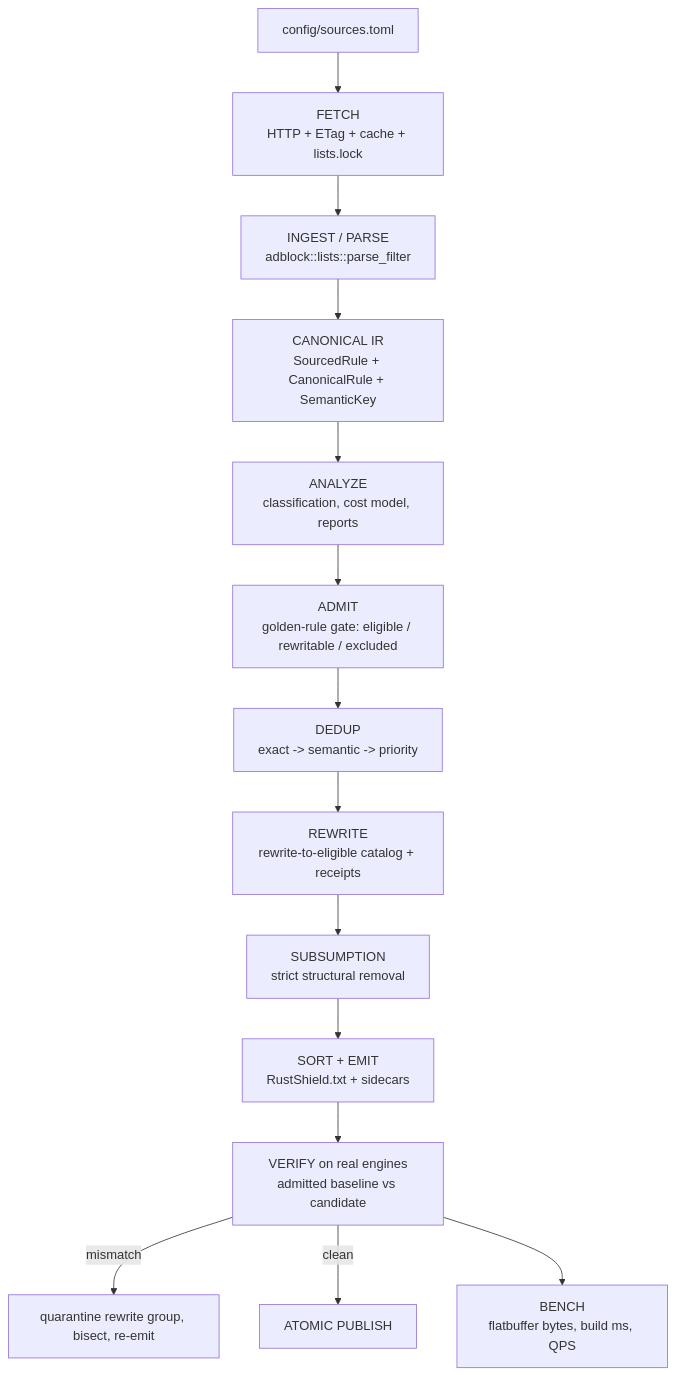
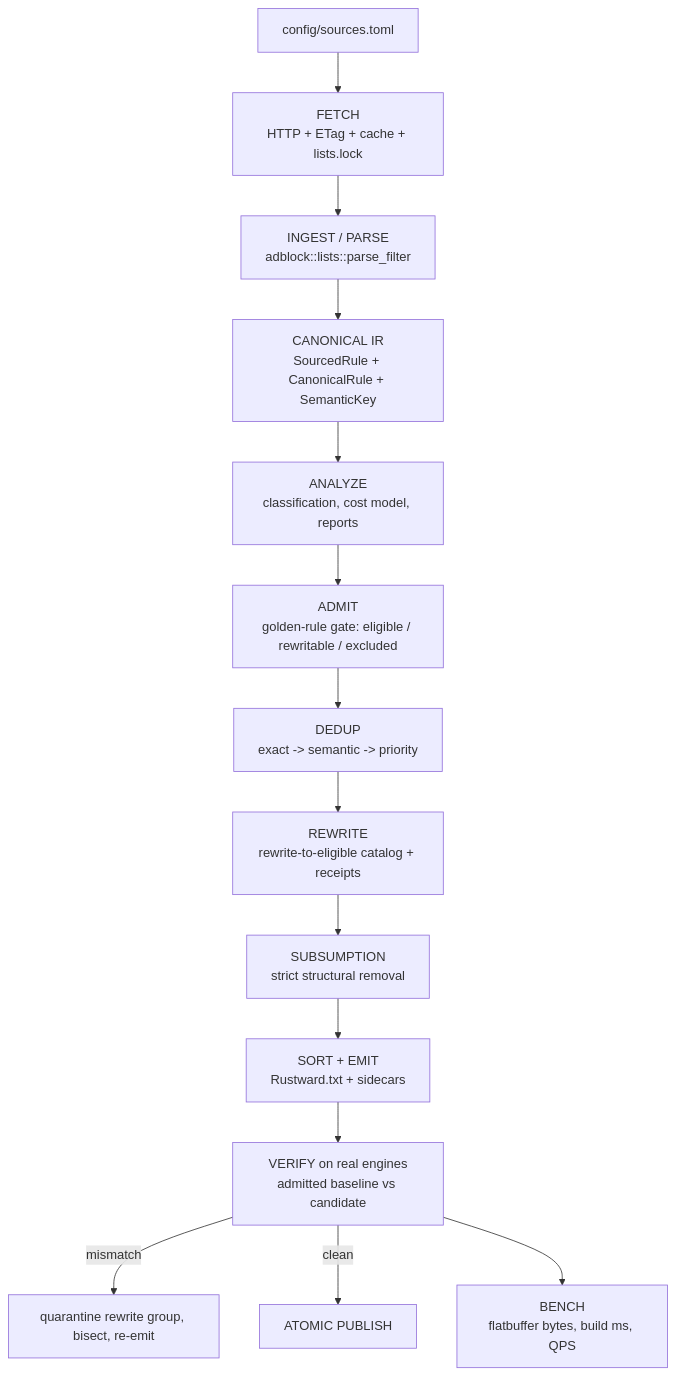
Before and after one commit to itsrody/Rustward: the diagram in docs/ARCHITECTURE.md, drawn with Mermaid. The commit also changed other lines of this file and 20 other files, not shown here.

````diff
--- a/docs/ARCHITECTURE.md
+++ b/docs/ARCHITECTURE.md
@@ -213,16 +213,16 @@
 ```mermaid
 flowchart TD
     A[config/sources.toml] --> B[FETCH<br/>HTTP + ETag + cache + lists.lock]
     B --> C[INGEST / PARSE<br/>adblock::lists::parse_filter]
     C --> D[CANONICAL IR<br/>SourcedRule + CanonicalRule + SemanticKey]
     D --> E[ANALYZE<br/>classification, cost model, reports]
     E --> F[ADMIT<br/>golden-rule gate: eligible / rewritable / excluded]
     F --> G[DEDUP<br/>exact -> semantic -> priority]
     G --> H[REWRITE<br/>rewrite-to-eligible catalog + receipts]
     H --> I[SUBSUMPTION<br/>strict structural removal]
-    I --> J[SORT + EMIT<br/>RustShield.txt + sidecars]
+    I --> J[SORT + EMIT<br/>Rustward.txt + sidecars]
     J --> K[VERIFY on real engines<br/>admitted baseline vs candidate]
     K -->|mismatch| L[quarantine rewrite group, bisect, re-emit]
     K -->|clean| M[ATOMIC PUBLISH]
     K --> N[BENCH<br/>flatbuffer bytes, build ms, QPS]
 ```
````
